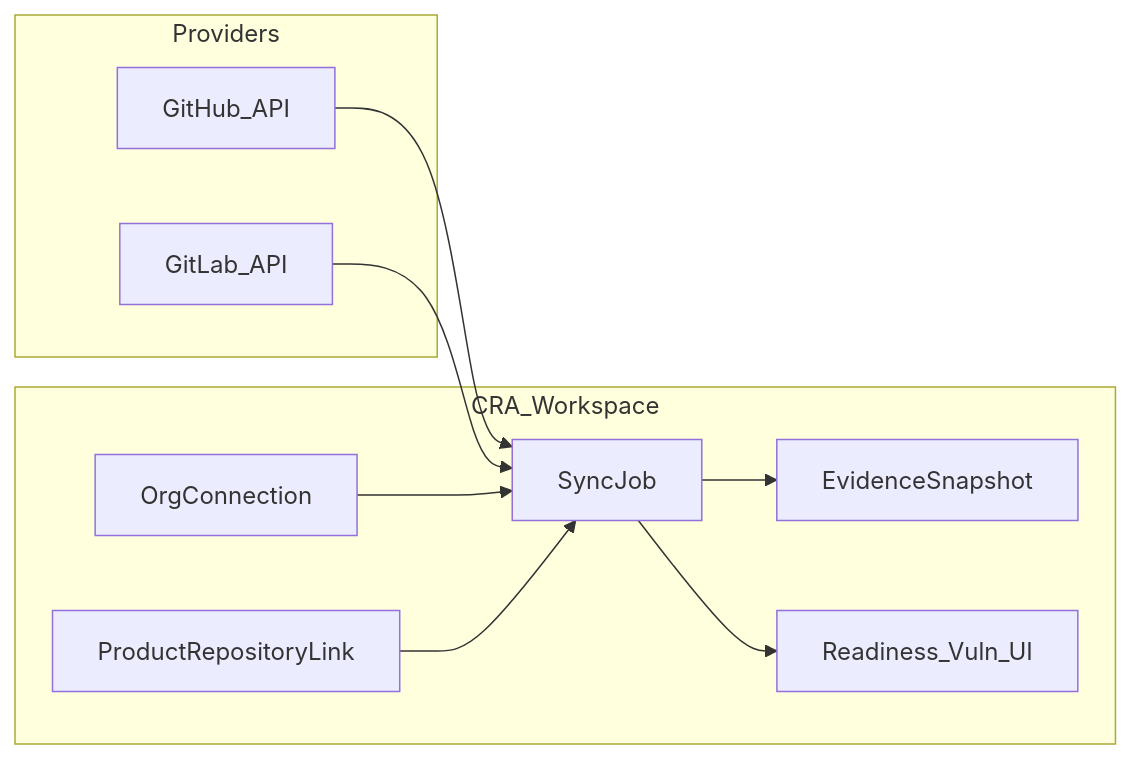
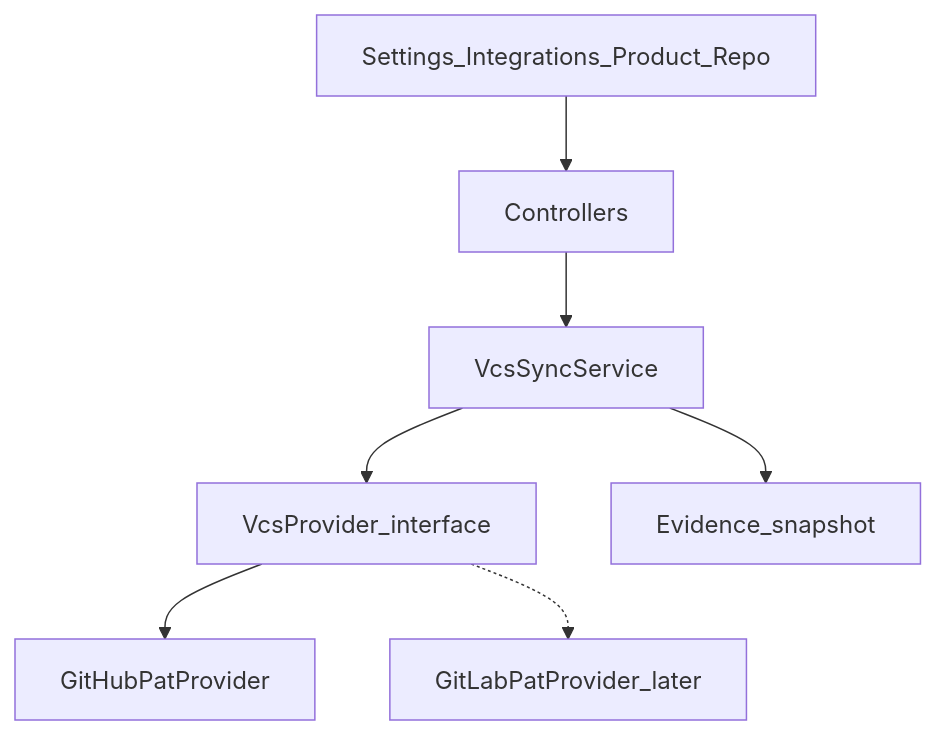
The diagram in documents/Phase2_1_GitHub_GitLab_Integration.md (wiley68/cra.avalonbg.com), drawn with Mermaid before and after one commit. The commit also changed other lines of this file and 2 other files, not shown here.

First line of the commit message:
Update CRA Compliance Workspace and related documents for MVP 0.1 exit and Phase 2.1 initiation

````diff
--- a/documents/Phase2_1_GitHub_GitLab_Integration.md
+++ b/documents/Phase2_1_GitHub_GitLab_Integration.md
@@ -50,20 +52,14 @@
 ```mermaid
-flowchart LR
-  subgraph providers [Providers]
-    GH[GitHub_API]
-    GL[GitLab_API]
-  end
-  subgraph cra [CRA_Workspace]
-    Conn[OrgConnection]
-    Link[ProductRepositoryLink]
-    Sync[SyncJob]
-    Snap[EvidenceSnapshot]
-    Dash[Readiness_Vuln_UI]
-  end
-  GH --> Sync
-  GL --> Sync
-  Conn --> Sync
-  Link --> Sync
-  Sync --> Snap
-  Sync --> Dash
+flowchart TB
+  UI[Settings_Integrations_Product_Repo]
+  Ctrl[Controllers]
+  Svc[VcsSyncService]
+  Adapter[VcsProvider_interface]
+  GH[GitHubPatProvider]
+  GL[GitLabPatProvider_later]
+  Snap[Evidence_snapshot]
+  UI --> Ctrl --> Svc --> Adapter
+  Adapter --> GH
+  Adapter -.-> GL
+  Svc --> Snap
 ```
````
